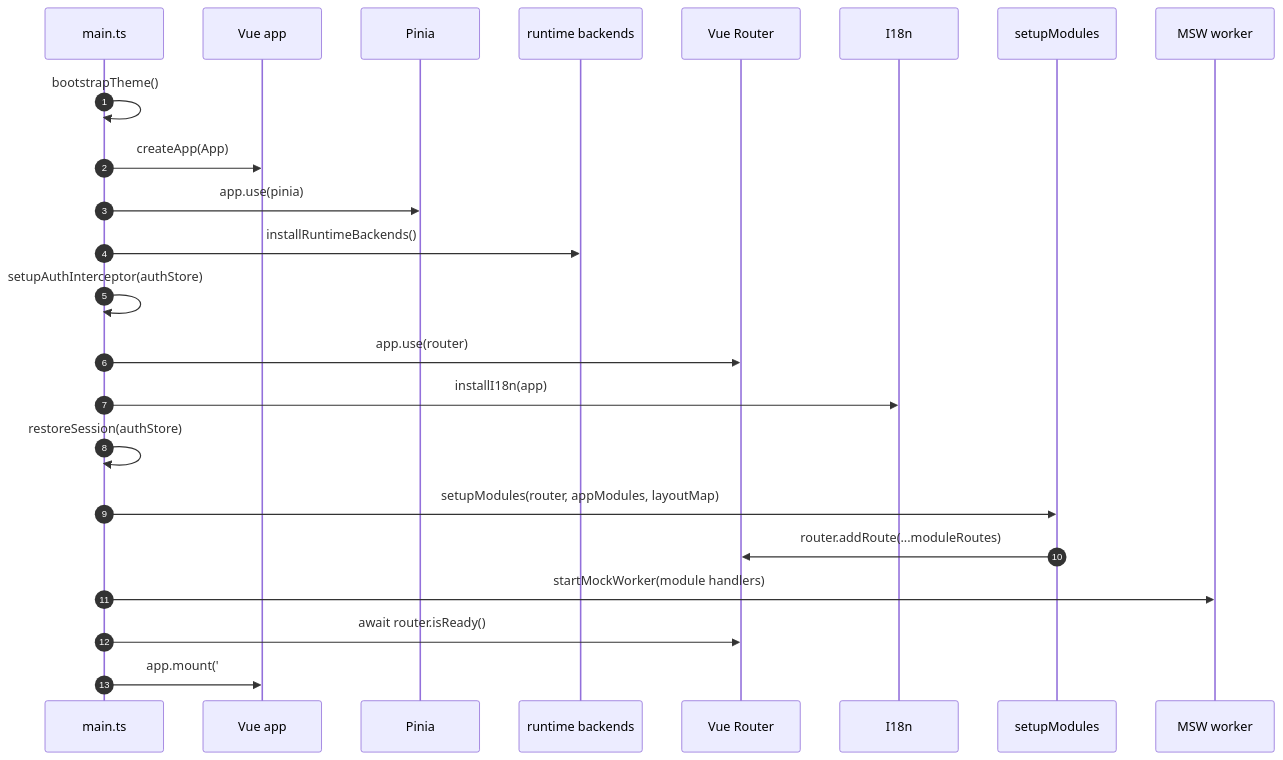
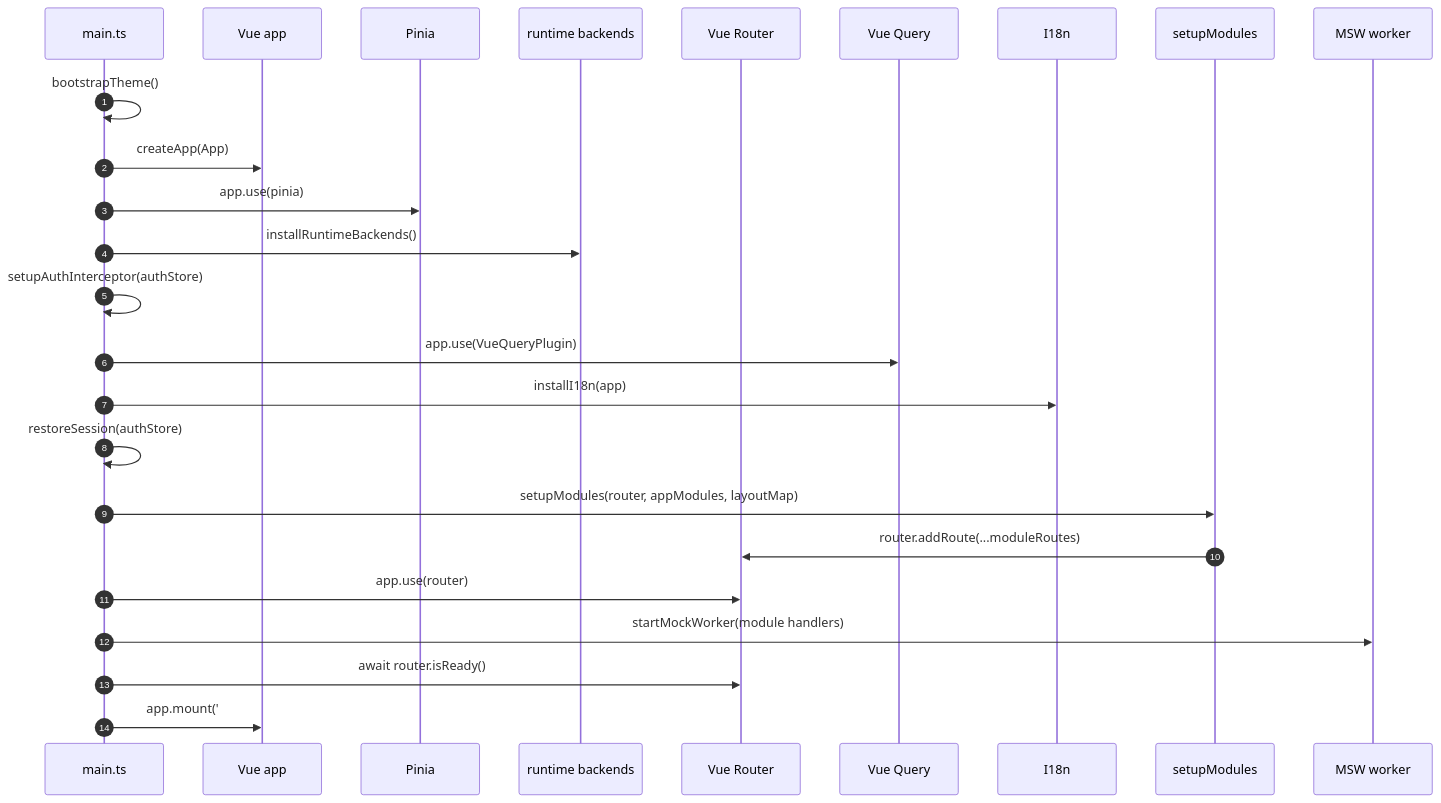
The second of 6 diagrams in docs/2.architecture/3.routing.md (boussadjra/vuestrata), drawn with Mermaid before and after one commit. The commit also changed other lines of this file and 12 other files, not shown here.

````diff
--- a/docs/2.architecture/3.routing.md
+++ b/docs/2.architecture/3.routing.md
@@ -149,26 +156,28 @@
 ```mermaid
 sequenceDiagram
   autonumber
   participant Main as main.ts
   participant App as Vue app
   participant Pinia
   participant Runtime as runtime backends
   participant Router as Vue Router
+  participant Query as Vue Query
   participant I18n
   participant Modules as setupModules
   participant MSW as MSW worker
 
   Main->>Main: bootstrapTheme()
   Main->>App: createApp(App)
   Main->>Pinia: app.use(pinia)
   Main->>Runtime: installRuntimeBackends()
   Main->>Main: setupAuthInterceptor(authStore)
-  Main->>Router: app.use(router)
+  Main->>Query: app.use(VueQueryPlugin)
   Main->>I18n: installI18n(app)
   Main->>Main: restoreSession(authStore)
   Main->>Modules: setupModules(router, appModules, layoutMap)
   Modules->>Router: router.addRoute(...moduleRoutes)
+  Main->>Router: app.use(router)
   Main->>MSW: startMockWorker(module handlers)
   Main->>Router: await router.isReady()
   Main->>App: app.mount('#app')
 ```
````
